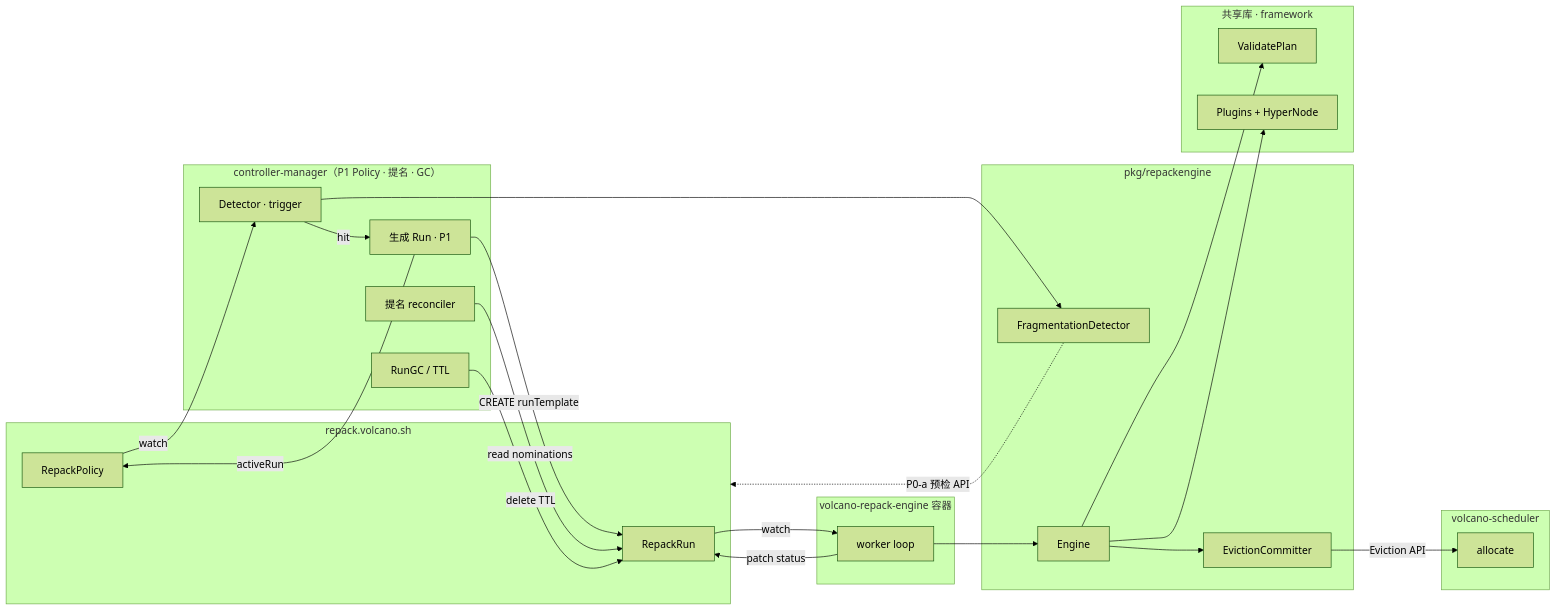
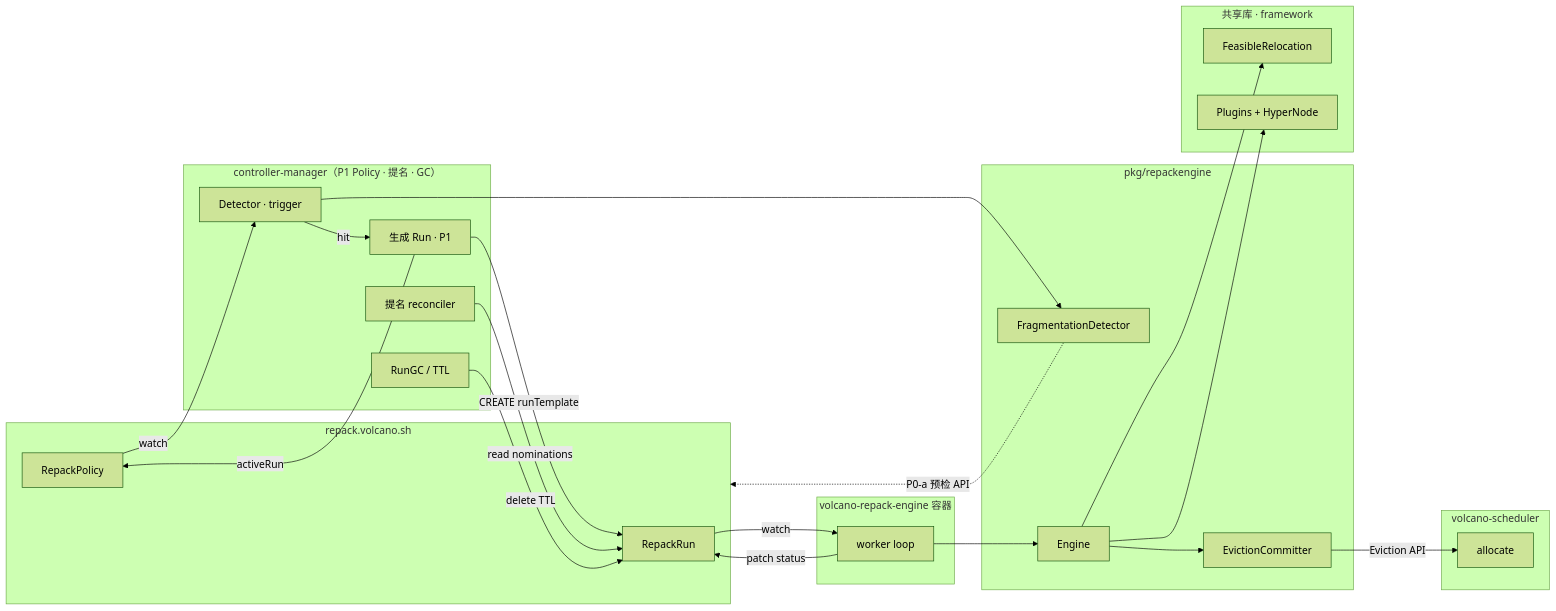
Diagram 17 of 21 in docs/design/repack-policy-design.md (wangyang0616/volcano), drawn with Mermaid (forest theme) before and after one commit. The commit also changed other lines of this file and 26 other files, not shown here.

````diff
--- a/docs/design/repack-policy-design.md
+++ b/docs/design/repack-policy-design.md
@@ -2719,51 +2721,51 @@
 ```mermaid
 flowchart LR
     subgraph CRD["repack.volcano.sh"]
         RP[RepackPolicy]
         RR[RepackRun]
     end
 
     subgraph CM["controller-manager（P1 Policy · 提名 · GC）"]
         DET[Detector · trigger]
         GEN[生成 Run · P1]
         NOM[提名 reconciler]
         GC[RunGC / TTL]
     end
 
     subgraph LIB["pkg/repackengine"]
         FD[FragmentationDetector]
         ENG[Engine]
         EVC[EvictionCommitter]
         ENG --> EVC
     end
 
     subgraph VR["volcano-repack-engine 容器"]
         LOOP[worker loop]
     end
 
     subgraph VS["volcano-scheduler"]
         ALLOC[allocate]
     end
 
     subgraph BASE["共享库 · framework"]
-        SIM[ValidatePlan]
+        SIM[FeasibleRelocation]
         PLG[Plugins + HyperNode]
     end
 
     RP -->|watch| DET
     DET --> FD
     DET -->|hit| GEN
     GEN -->|CREATE runTemplate| RR
     GEN -->|activeRun| RP
     NOM -->|read nominations| RR
     GC -->|delete TTL| RR
 
     RR -->|watch| LOOP
     LOOP --> ENG
     ENG --> SIM
     ENG --> PLG
     EVC -->|Eviction API| ALLOC
     LOOP -->|patch status| RR
 
     FD -.->|P0-a 预检 API| CRD
 ```
````
